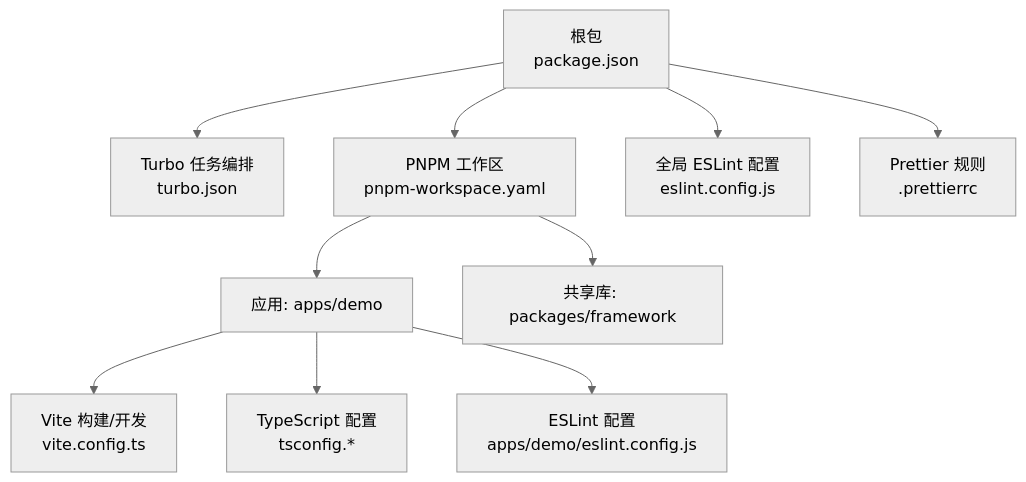
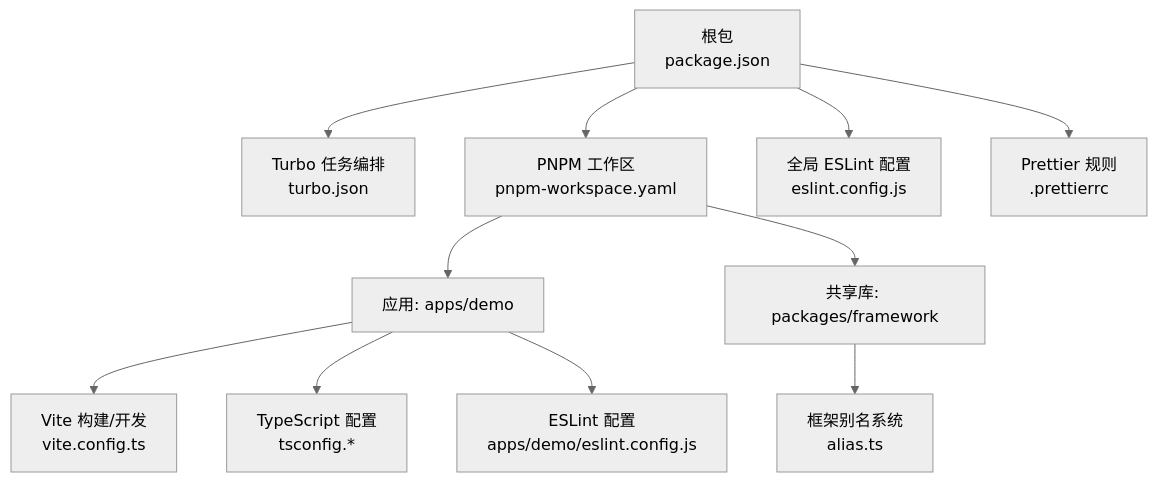
The first of 8 diagrams in .qoder/repowiki/zh/content/开发工具.md (liqiongke/FrontArk), drawn with Mermaid (neutral theme) before and after one commit. The commit also changed other lines of this file and 17 other files, not shown here.

````diff
--- a/.qoder/repowiki/zh/content/开发工具.md
+++ b/.qoder/repowiki/zh/content/开发工具.md
@@ -37,12 +47,13 @@
 ```mermaid
 graph TB
 A["根包<br/>package.json"] --> B["Turbo 任务编排<br/>turbo.json"]
 A --> C["PNPM 工作区<br/>pnpm-workspace.yaml"]
 C --> D["应用: apps/demo"]
 C --> E["共享库: packages/framework"]
 D --> F["Vite 构建/开发<br/>vite.config.ts"]
 D --> G["TypeScript 配置<br/>tsconfig.*"]
 D --> H["ESLint 配置<br/>apps/demo/eslint.config.js"]
 A --> I["全局 ESLint 配置<br/>eslint.config.js"]
 A --> J["Prettier 规则<br/>.prettierrc"]
+E --> K["框架别名系统<br/>alias.ts"]
 ```
````
